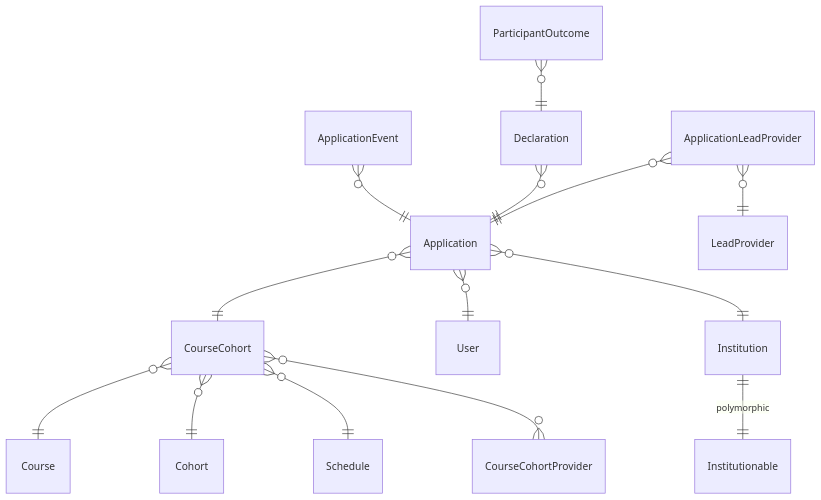
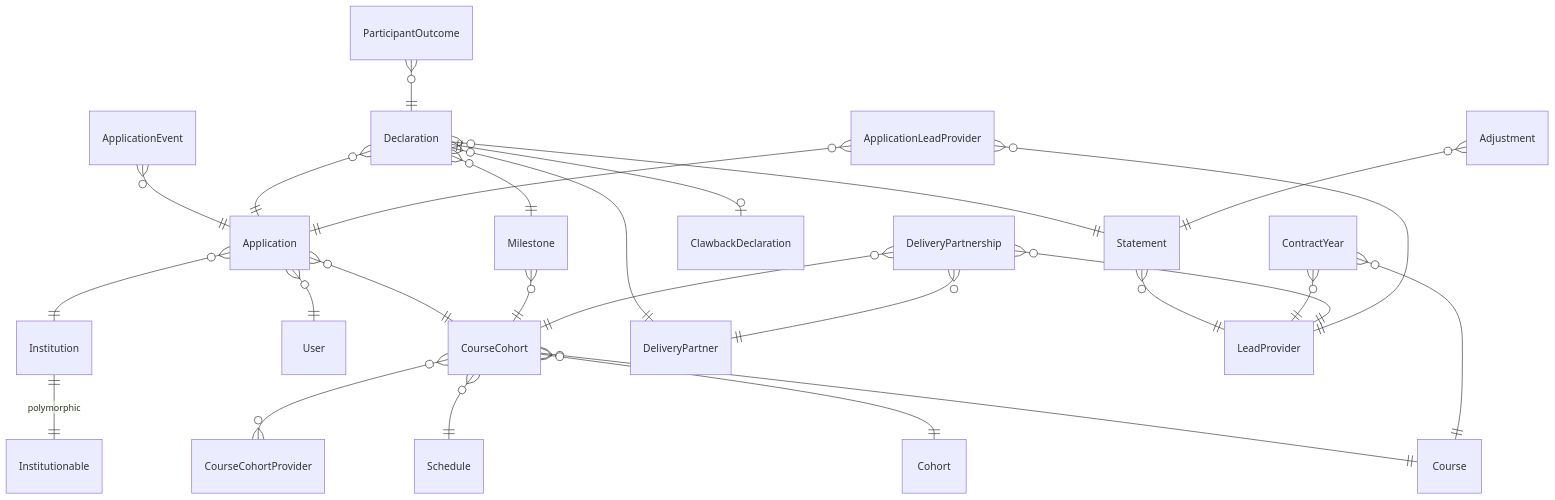
One commit to DFE-Digital/teacher-training-entitlement changed the diagram in documentation/data.md. Above: the diagram before and after it, drawn with Mermaid. The commit also changed other lines of this file and 2 other files, not shown here.

````diff
--- a/documentation/data.md
+++ b/documentation/data.md
@@ -90,19 +94,32 @@
 ```mermaid
 erDiagram
   ApplicationEvent }o--|| Application : ""
   CourseCohort }o--|| Course : ""
   CourseCohort }o--|| Cohort : ""
   CourseCohort }o--|| Schedule : ""
   CourseCohort }o--o{ CourseCohortProvider : ""
   Application }o--|| CourseCohort : ""
   Application }o--|| User : ""
   Application }o--|| Institution : ""
 
   Declaration }o--|| Application : ""
+  Declaration }o--|| Milestone : ""
+  Declaration }o--|| Statement : ""
+  Declaration }o--|| DeliveryPartner : ""
+  Declaration ||--o| ClawbackDeclaration : ""
+  Milestone }o--|| CourseCohort : ""
+  Statement }o--|| LeadProvider : ""
+  Adjustment }o--|| Statement : ""
   ParticipantOutcome }o--|| Declaration : ""
+
+  ContractYear }o--|| LeadProvider : ""
+  ContractYear }o--|| Course : ""
+  DeliveryPartnership }o--|| CourseCohort : ""
+  DeliveryPartnership }o--|| LeadProvider : ""
+  DeliveryPartnership }o--|| DeliveryPartner : ""
 
   ApplicationLeadProvider }o--|| Application : ""
   ApplicationLeadProvider }o--|| LeadProvider : ""
 
   Institution ||--|| Institutionable : polymorphic
 ```
````
